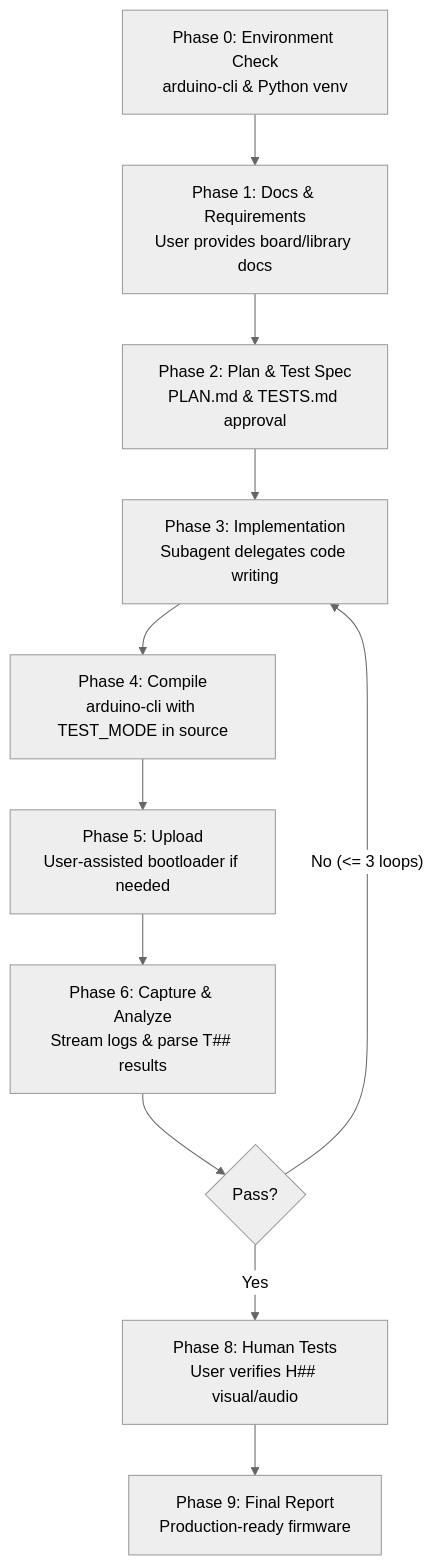
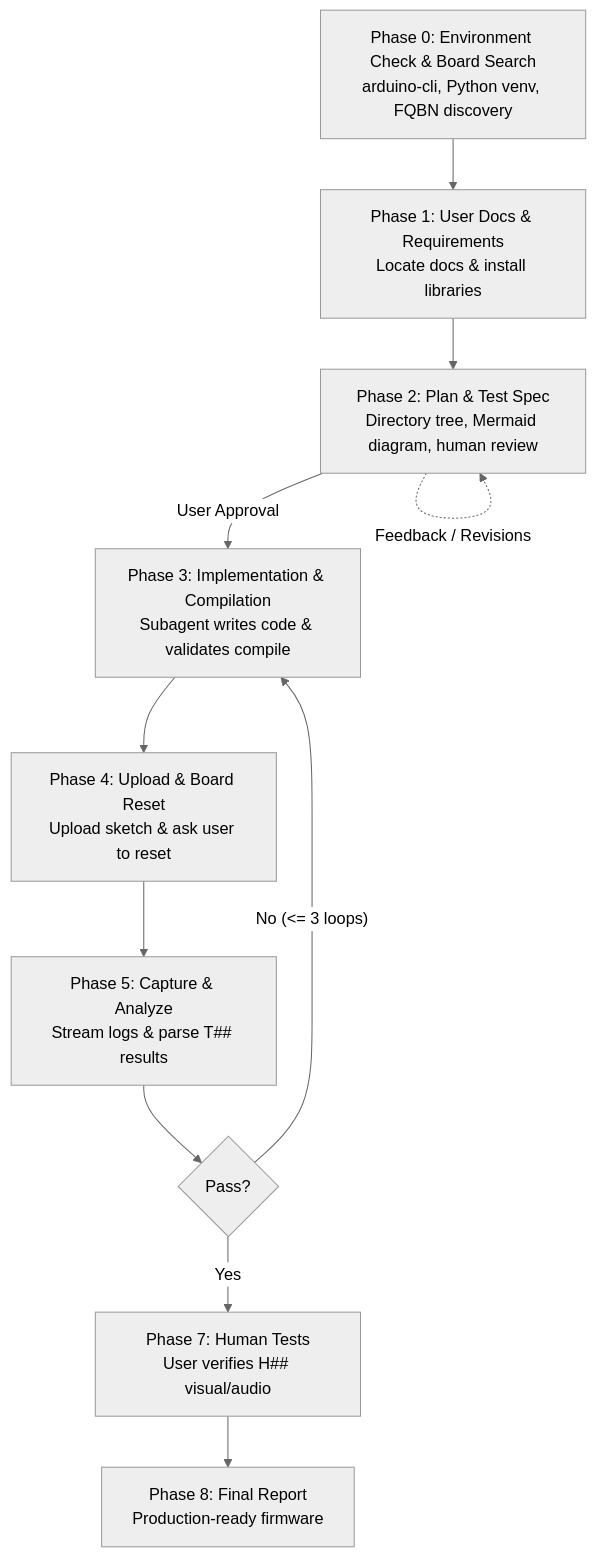
Before and after one commit to nguyentoanthang/arduino-firmware-building: the diagram in README.md, drawn with Mermaid (neutral theme). The commit also changed other lines of this file and 3 other files, not shown here.

Commit message:
Make skill cross-platform and universal across AI coding tools, update board setup docs and Mermaid syntax

````diff
--- a/README.md
+++ b/README.md
@@ -28,13 +31,13 @@
 ```mermaid
 flowchart TD
-    P0[Phase 0: Environment Check<br/>arduino-cli & Python venv] --> P1[Phase 1: Docs & Requirements<br/>User provides board/library docs]
-    P1 --> P2[Phase 2: Plan & Test Spec<br/>PLAN.md & TESTS.md approval]
-    P2 --> P3[Phase 3: Implementation<br/>Subagent delegates code writing]
-    P3 --> P4[Phase 4: Compile<br/>arduino-cli with TEST_MODE in source]
-    P4 --> P5[Phase 5: Upload<br/>User-assisted bootloader if needed]
-    P5 --> P6[Phase 6: Capture & Analyze<br/>Stream logs & parse T## results]
-    P6 --> P7{Pass?}
-    P7 -- No (<= 3 loops) --> P3
-    P7 -- Yes --> P8[Phase 8: Human Tests<br/>User verifies H## visual/audio]
-    P8 --> P9[Phase 9: Final Report<br/>Production-ready firmware]
+    P0[Phase 0: Environment Check & Board Search<br/>arduino-cli, Python venv, FQBN discovery] --> P1[Phase 1: User Docs & Requirements<br/>Locate docs & install libraries]
+    P1 --> P2[Phase 2: Plan & Test Spec<br/>Directory tree, Mermaid diagram, human review]
+    P2 -->|User Approval| P3[Phase 3: Implementation & Compilation<br/>Subagent writes code & validates compile]
+    P2 -.->|Feedback / Revisions| P2
+    P3 --> P4[Phase 4: Upload & Board Reset<br/>Upload sketch & ask user to reset]
+    P4 --> P5[Phase 5: Capture & Analyze<br/>Stream logs & parse T## results]
+    P5 --> P6{Pass?}
+    P6 -- No (<= 3 loops) --> P3
+    P6 -- Yes --> P7[Phase 7: Human Tests<br/>User verifies H## visual/audio]
+    P7 --> P8[Phase 8: Final Report<br/>Production-ready firmware]
 ```
````
